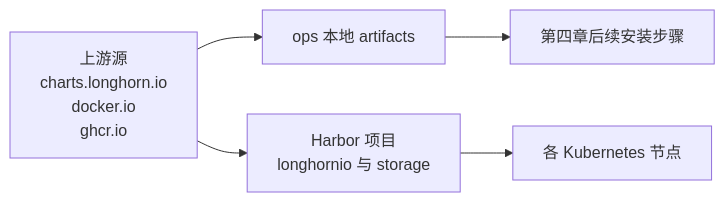
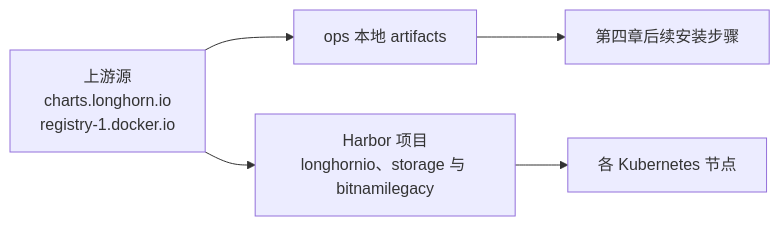
Before and after one commit to hwang-protocol/docker_k8s_2026: the diagram in k8s/04-storage-and-stateful/docs/04_prepare_longhorn_artifacts.md, drawn with Mermaid. The commit also changed other lines of this file and 40 other files, not shown here.

````diff
--- a/k8s/04-storage-and-stateful/docs/04_prepare_longhorn_artifacts.md
+++ b/k8s/04-storage-and-stateful/docs/04_prepare_longhorn_artifacts.md
@@ -40,13 +44,13 @@
 ```mermaid
 flowchart LR
-  upstream[上游源<br/>charts.longhorn.io<br/>docker.io<br/>ghcr.io]
+  upstream[上游源<br/>charts.longhorn.io<br/>registry-1.docker.io]
   ops[ops 本地 artifacts]
-  harbor[Harbor 项目<br/>longhornio 与 storage]
+  harbor[Harbor 项目<br/>longhornio、storage 与 bitnamilegacy]
   nodes[各 Kubernetes 节点]
   install[第四章后续安装步骤]
 
   upstream --> ops
   upstream --> harbor
   harbor --> nodes
   ops --> install
 ```
````
